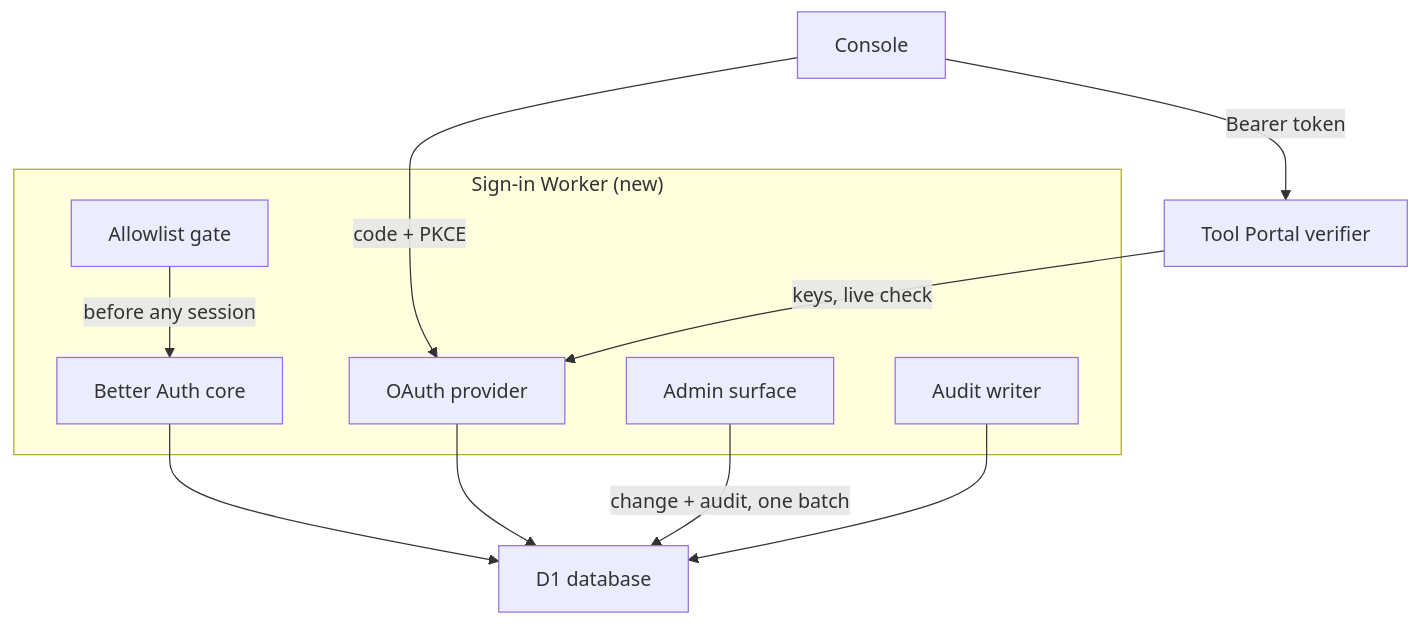
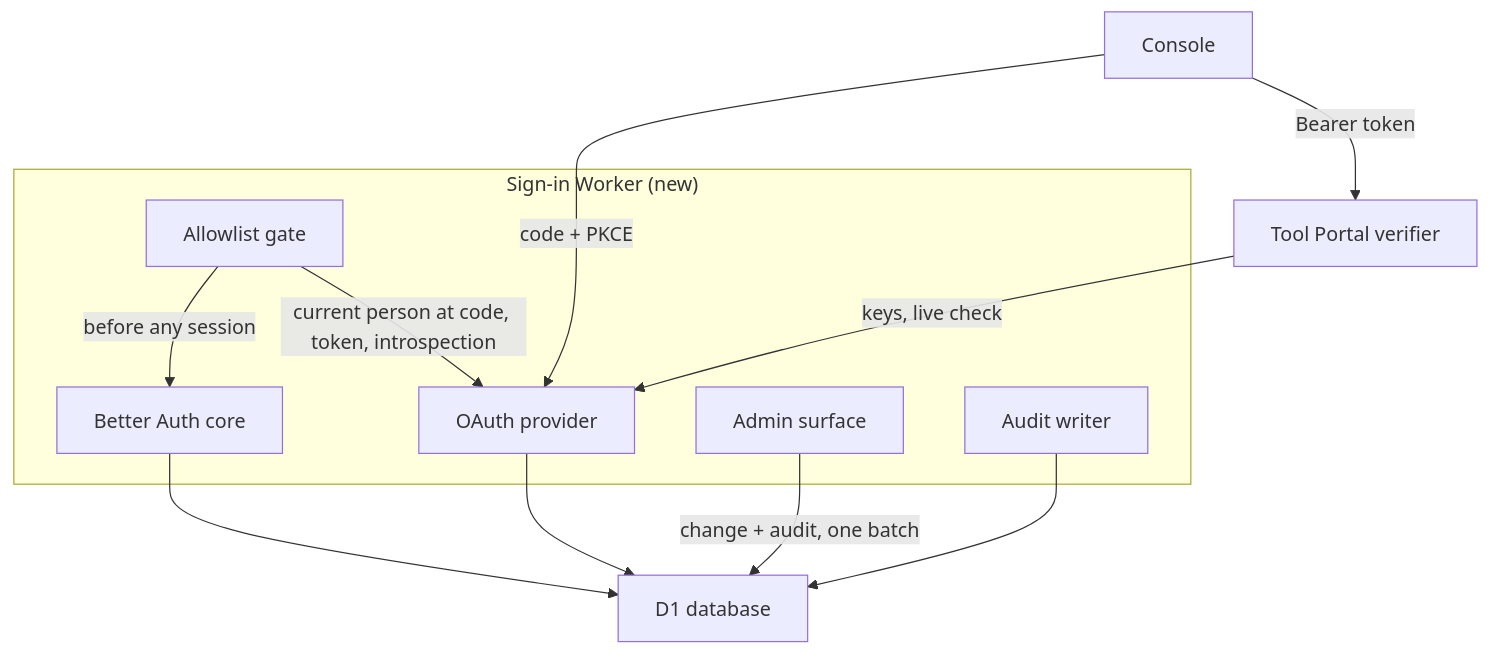
One commit to ShravanSunder/agent-vm changed the first of 3 diagrams in docs/specs/2026-10-20-people-sign-in/program-design.md. Above: the diagram before and after it, drawn with Mermaid. The commit also changed other lines of this file and 7 other files, not shown here.

````diff
--- a/docs/specs/2026-10-20-people-sign-in/program-design.md
+++ b/docs/specs/2026-10-20-people-sign-in/program-design.md
@@ -28,21 +28,22 @@
 ```mermaid
 flowchart TB
   CON["Console"]
   TPV["Tool Portal verifier"]
   subgraph W["Sign-in Worker (new)"]
     AL["Allowlist gate"]
     BA["Better Auth core"]
     OP["OAuth provider"]
     AD["Admin surface"]
     AU["Audit writer"]
   end
   DB["D1 database"]
   CON -->|code + PKCE| OP
   CON -->|Bearer token| TPV
   TPV -->|keys, live check| OP
   AL -->|before any session| BA
+  AL -->|current person at code, token, introspection| OP
   BA --> DB
   OP --> DB
   AD -->|change + audit, one batch| DB
   AU --> DB
 ```
````
